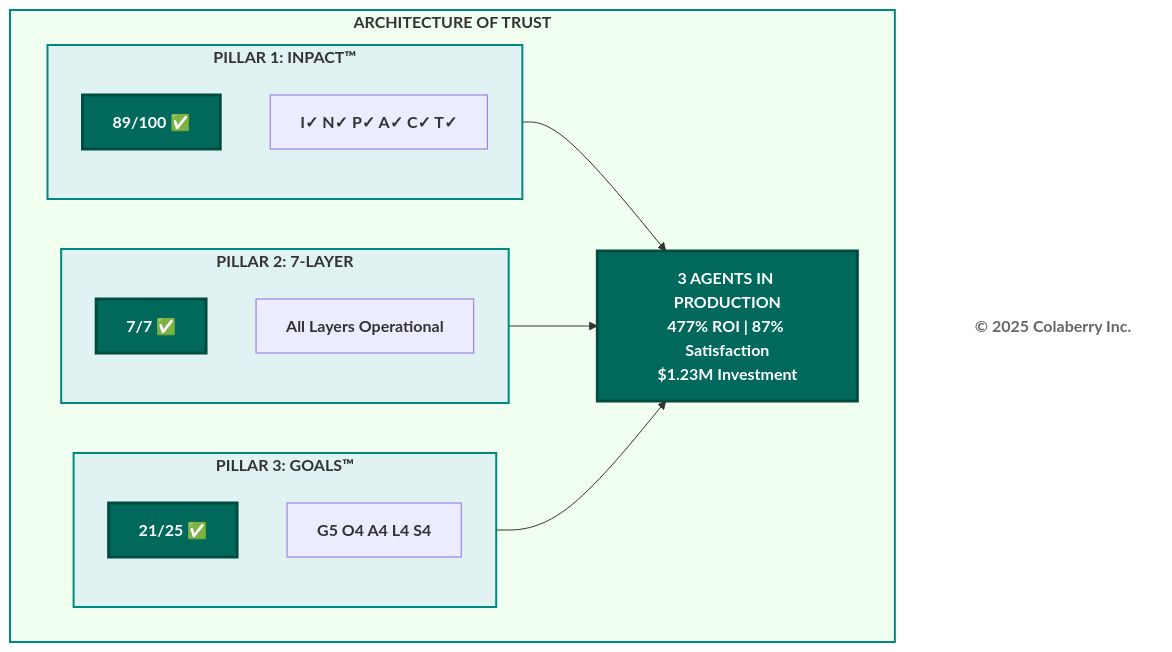
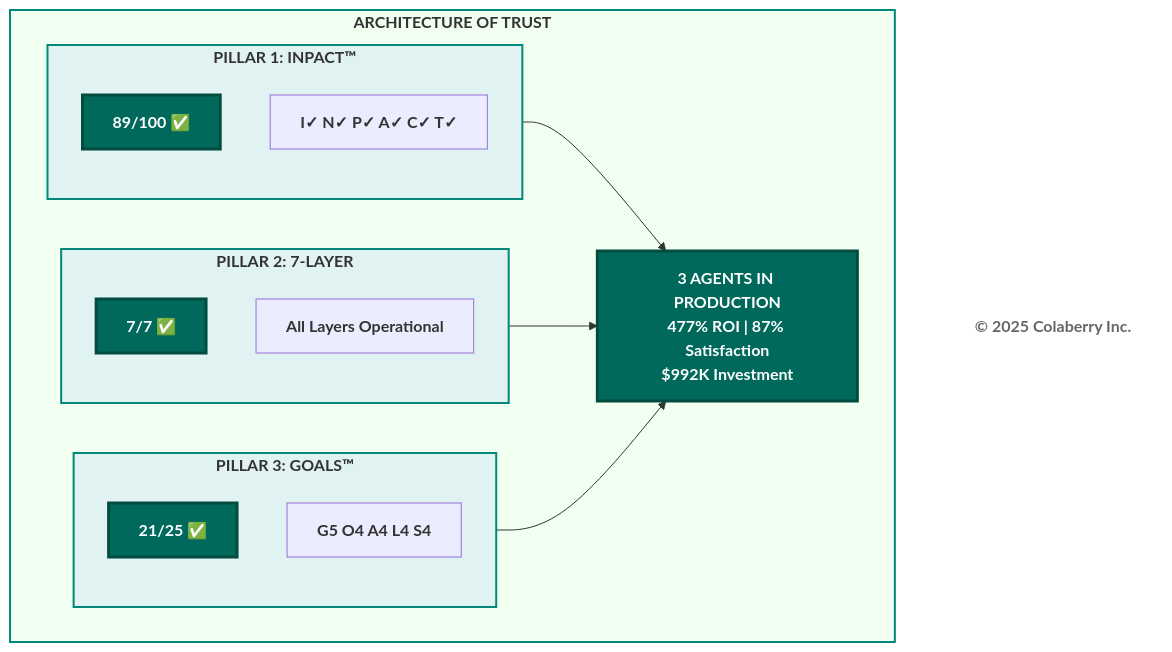
One commit to saitejesh-cyber/trust-before-intelligence-book changed the tenth of 11 diagrams in manuscript/09_chapter_8_architecture_of_trust_in_action.md. Above: the diagram before and after it, drawn with Mermaid. The commit also changed other lines of this file and 3 other files, not shown here.

````diff
--- a/manuscript/09_chapter_8_architecture_of_trust_in_action.md
+++ b/manuscript/09_chapter_8_architecture_of_trust_in_action.md
@@ -1019,37 +1019,37 @@
 ```mermaid
 graph TB
     subgraph COMPLETE["<b>ARCHITECTURE OF TRUST</b>"]
         subgraph P1["<b>PILLAR 1: INPACT™</b>"]
             I1["<b>89/100 ✅</b>"]
             I2["<b>I✓ N✓ P✓ A✓ C✓ T✓</b>"]
         end
         
         subgraph P2["<b>PILLAR 2: 7-LAYER</b>"]
             L1["<b>7/7 ✅</b>"]
             L2["<b>All Layers Operational</b>"]
         end
         
         subgraph P3["<b>PILLAR 3: GOALS™</b>"]
             G1["<b>21/25 ✅</b>"]
             G2["<b>G5 O4 A4 L4 S4</b>"]
         end
         
-        RESULT["<b>3 AGENTS IN PRODUCTION</b><br/><b>477% ROI | 87% Satisfaction</b><br/><b>$1.23M Investment</b>"]
+        RESULT["<b>3 AGENTS IN PRODUCTION</b><br/><b>477% ROI | 87% Satisfaction</b><br/><b>$992K Investment</b>"]
     end
     
     P1 --> RESULT
     P2 --> RESULT
     P3 --> RESULT
     
     style COMPLETE fill:#f0fff0,stroke:#00897b,stroke-width:2px
     style P1 fill:#e0f2f1,stroke:#00897b,stroke-width:2px
     style P2 fill:#e0f2f1,stroke:#00897b,stroke-width:2px
     style P3 fill:#e0f2f1,stroke:#00897b,stroke-width:2px
     style I1 fill:#00695c,color:#ffffff,stroke:#004d40,stroke-width:3px
     style L1 fill:#00695c,color:#ffffff,stroke:#004d40,stroke-width:3px
     style G1 fill:#00695c,color:#ffffff,stroke:#004d40,stroke-width:3px
     style RESULT fill:#00695c,color:#ffffff,stroke:#004d40,stroke-width:3px
     
     Copyright["<b>© 2025 Colaberry Inc.</b>"]
     style Copyright fill:#ffffff,stroke:none,color:#666666
 ```
````
